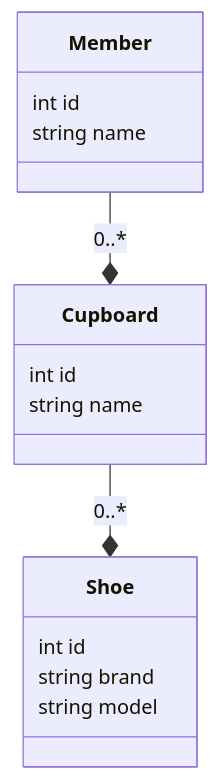
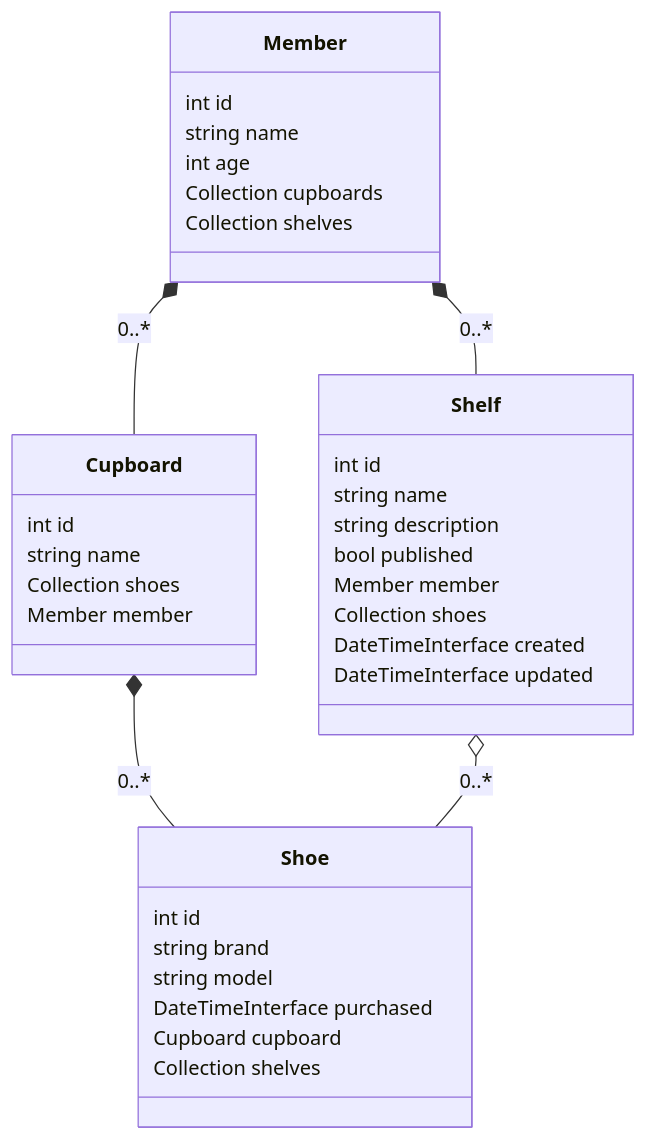
One commit to FABallemand/ProjetDeveloppementWeb changed the diagram in README.md. Above: the diagram before and after it, drawn with Mermaid. The commit also changed 9 other files, not shown here.

Commit message:
Updates: - Update UML diagram - Update data fixtures (contains data for class Shelf) - Update EasyAdmin interface

````diff
--- a/README.md
+++ b/README.md
@@ -23,12 +23,30 @@
 ```mermaid
 classDiagram
-Member --* Cupboard : 0..*
-Cupboard --* Shoe : 0..*
+Member *-- Cupboard : 0..*
+Member *-- Shelf : 0..*
+Cupboard *-- Shoe : 0..*
+Shelf o-- Shoe : 0..*
 Member : int id
 Member : string name
+Member : int age
+Member : Collection cupboards
+Member : Collection shelves
 Cupboard : int id
 Cupboard : string name
+Cupboard : Collection shoes
+Cupboard : Member member
 Shoe : int id
 Shoe : string brand
 Shoe : string model
+Shoe : DateTimeInterface purchased
+Shoe : Cupboard cupboard
+Shoe : Collection shelves
+Shelf : int id
+Shelf : string name
+Shelf : string description
+Shelf : bool published
+Shelf : Member member
+Shelf : Collection shoes
+Shelf : DateTimeInterface created
+Shelf : DateTimeInterface updated
 ```
````
